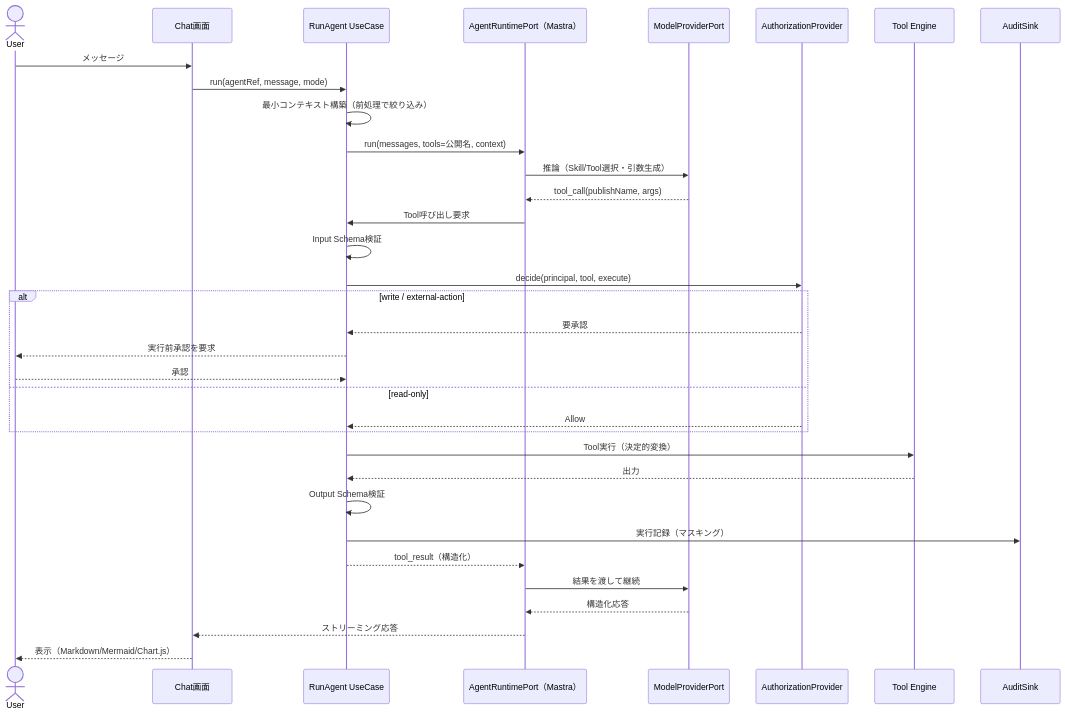
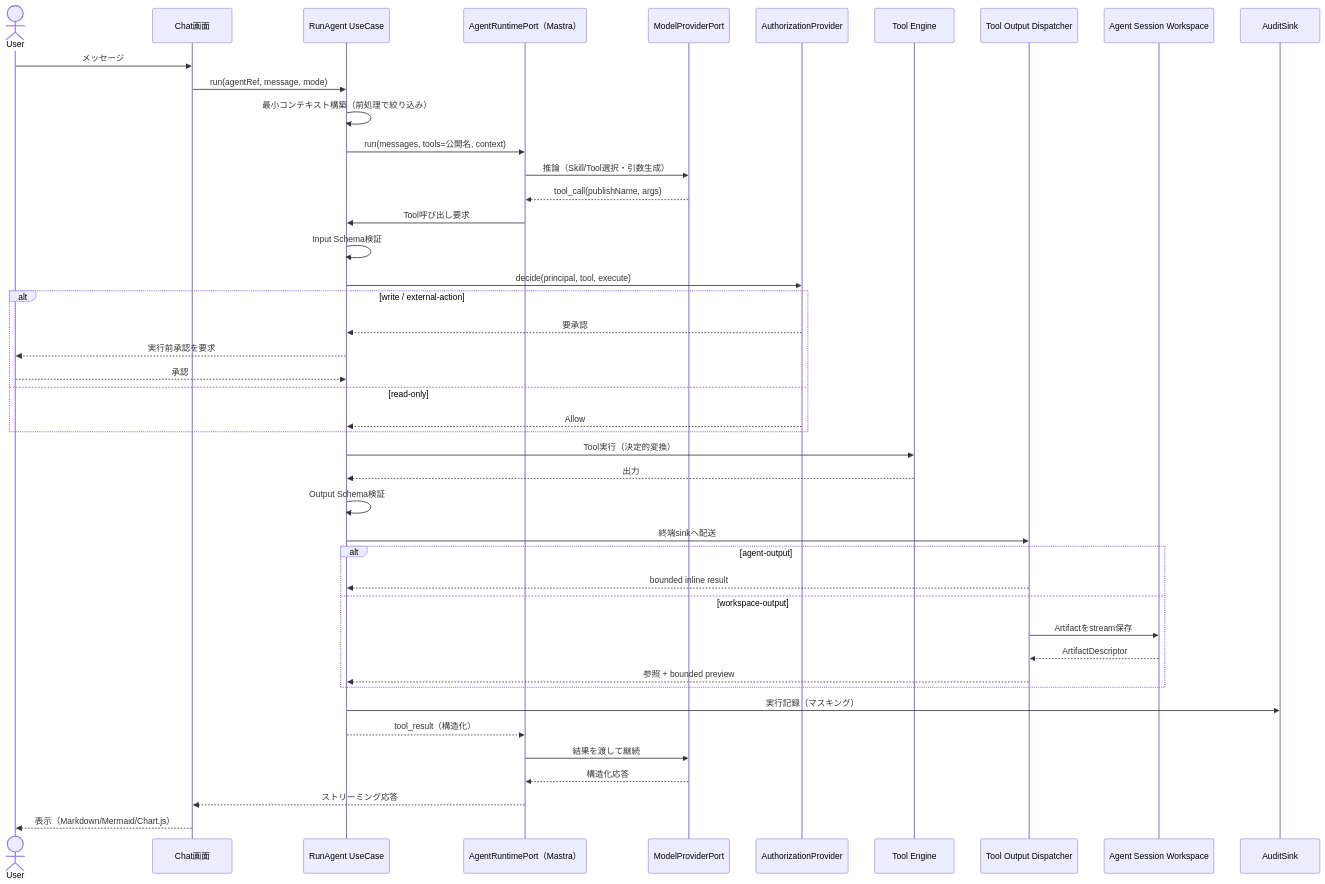
Before and after one commit to yy7613/agentblume: the third of 6 diagrams in docs/07-execution-model.md, drawn with Mermaid. The commit also changed other lines of this file and 243 other files, not shown here.

````diff
--- a/docs/07-execution-model.md
+++ b/docs/07-execution-model.md
@@ -65,37 +65,47 @@
 ```mermaid
 sequenceDiagram
   actor User
   participant Chat as Chat画面
   participant App as RunAgent UseCase
   participant RT as AgentRuntimePort（Mastra）
   participant LLM as ModelProviderPort
   participant AZ as AuthorizationProvider
   participant TE as Tool Engine
+  participant OD as Tool Output Dispatcher
+  participant SW as Agent Session Workspace
   participant Aud as AuditSink
 
   User->>Chat: メッセージ
   Chat->>App: run(agentRef, message, mode)
   App->>App: 最小コンテキスト構築（前処理で絞り込み）
   App->>RT: run(messages, tools=公開名, context)
   RT->>LLM: 推論（Skill/Tool選択・引数生成）
   LLM-->>RT: tool_call(publishName, args)
   RT->>App: Tool呼び出し要求
   App->>App: Input Schema検証
   App->>AZ: decide(principal, tool, execute)
   alt write / external-action
     AZ-->>App: 要承認
     App-->>User: 実行前承認を要求
     User-->>App: 承認
   else read-only
     AZ-->>App: Allow
   end
   App->>TE: Tool実行（決定的変換）
   TE-->>App: 出力
   App->>App: Output Schema検証
+  App->>OD: 終端sinkへ配送
+  alt agent-output
+    OD-->>App: bounded inline result
+  else workspace-output
+    OD->>SW: Artifactをstream保存
+    SW-->>OD: ArtifactDescriptor
+    OD-->>App: 参照 + bounded preview
+  end
   App->>Aud: 実行記録（マスキング）
   App-->>RT: tool_result（構造化）
   RT->>LLM: 結果を渡して継続
   LLM-->>RT: 構造化応答
   RT-->>Chat: ストリーミング応答
   Chat-->>User: 表示（Markdown/Mermaid/Chart.js）
 ```
````
